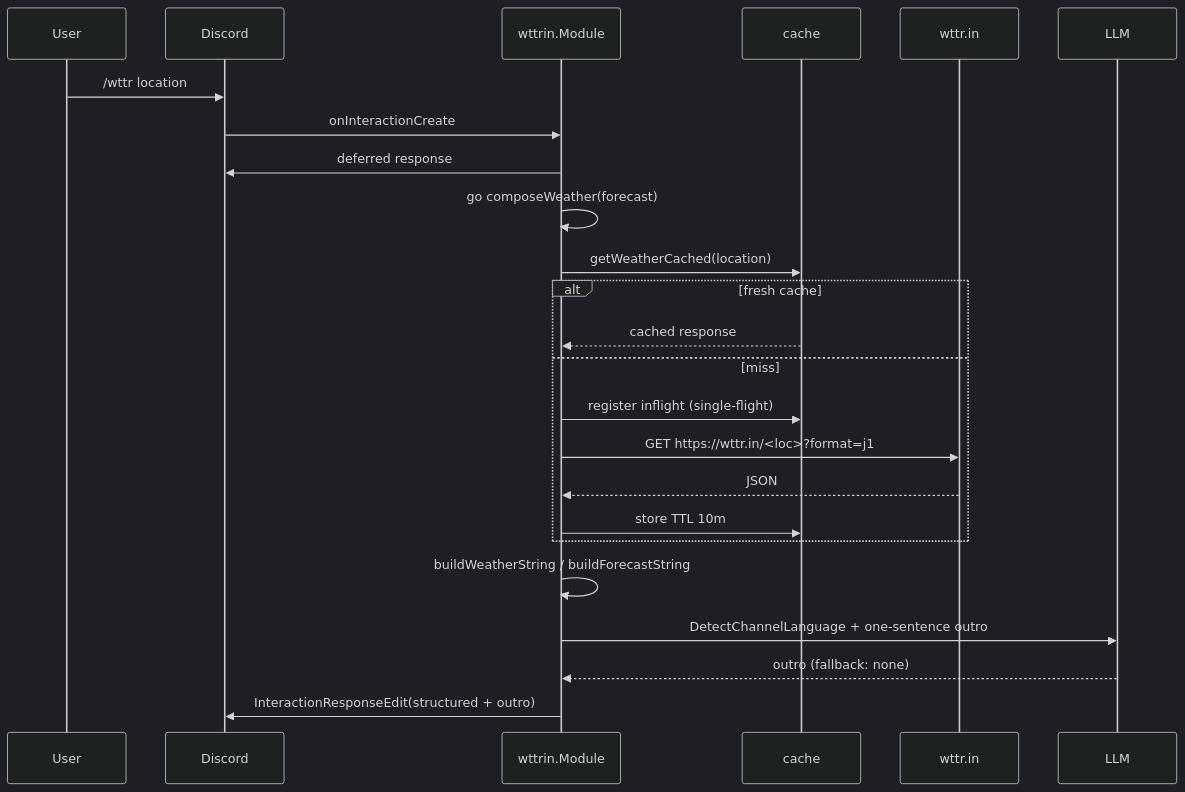
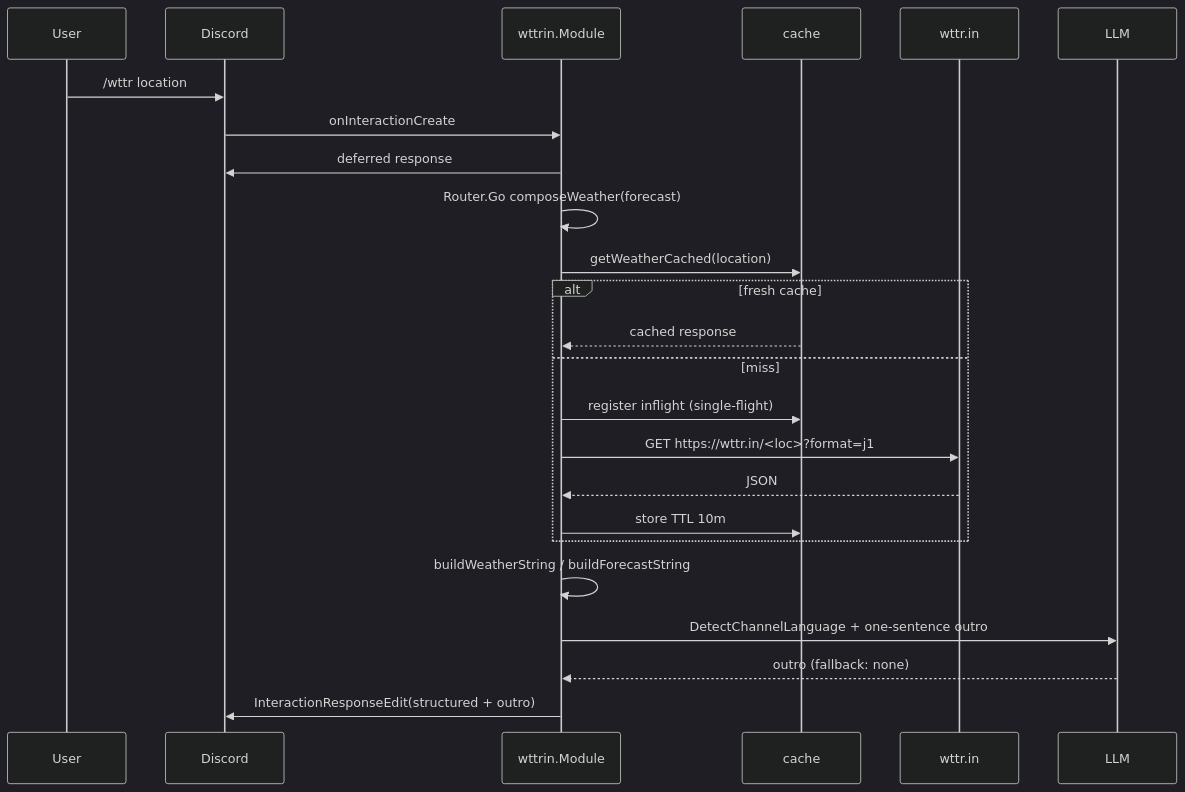
Before and after one commit to toksikk/gidbig: the diagram in docs/modules/wttrin.md, drawn with Mermaid (dark theme). The commit also changed 7 other files, not shown here.

````diff
--- a/docs/modules/wttrin.md
+++ b/docs/modules/wttrin.md
@@ -14,27 +14,27 @@
 ```mermaid
 sequenceDiagram
     participant U as User
     participant D as Discord
     participant W as wttrin.Module
     participant Cache as cache
     participant API as wttr.in
     participant L as LLM
 
     U->>D: /wttr location
     D->>W: onInteractionCreate
     W->>D: deferred response
-    W->>W: go composeWeather(forecast)
+    W->>W: Router.Go composeWeather(forecast)
     W->>Cache: getWeatherCached(location)
     alt fresh cache
         Cache-->>W: cached response
     else miss
         W->>Cache: register inflight (single-flight)
         W->>API: GET https://wttr.in/<loc>?format=j1
         API-->>W: JSON
         W->>Cache: store TTL 10m
     end
     W->>W: buildWeatherString / buildForecastString
     W->>L: DetectChannelLanguage + one-sentence outro
     L-->>W: outro (fallback: none)
     W->>D: InteractionResponseEdit(structured + outro)
 ```
````
